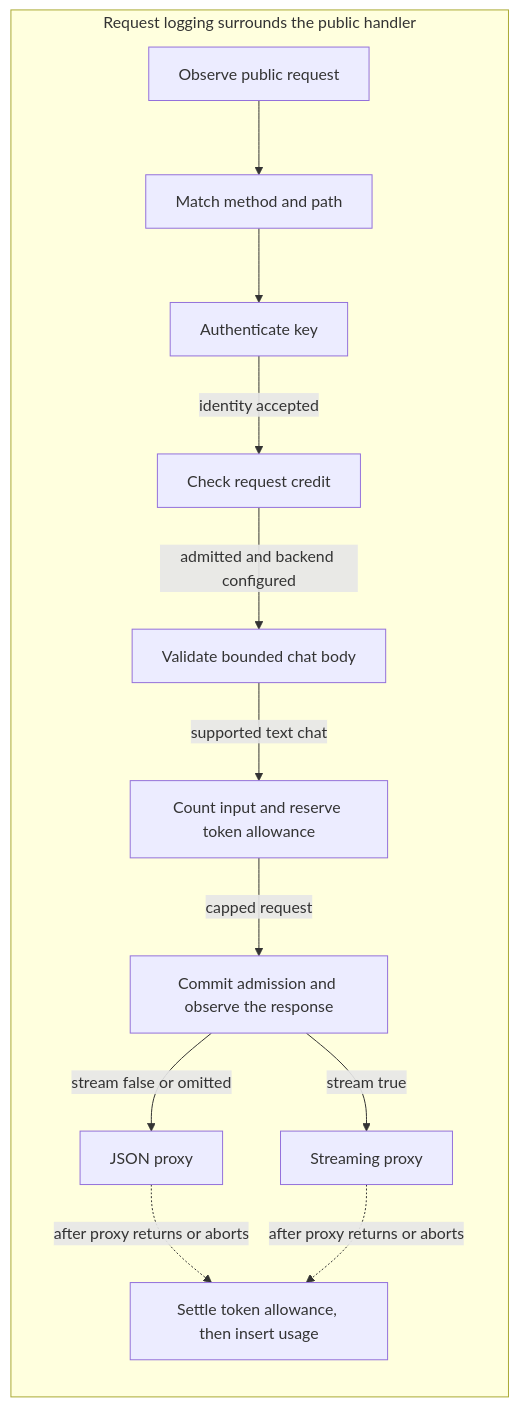
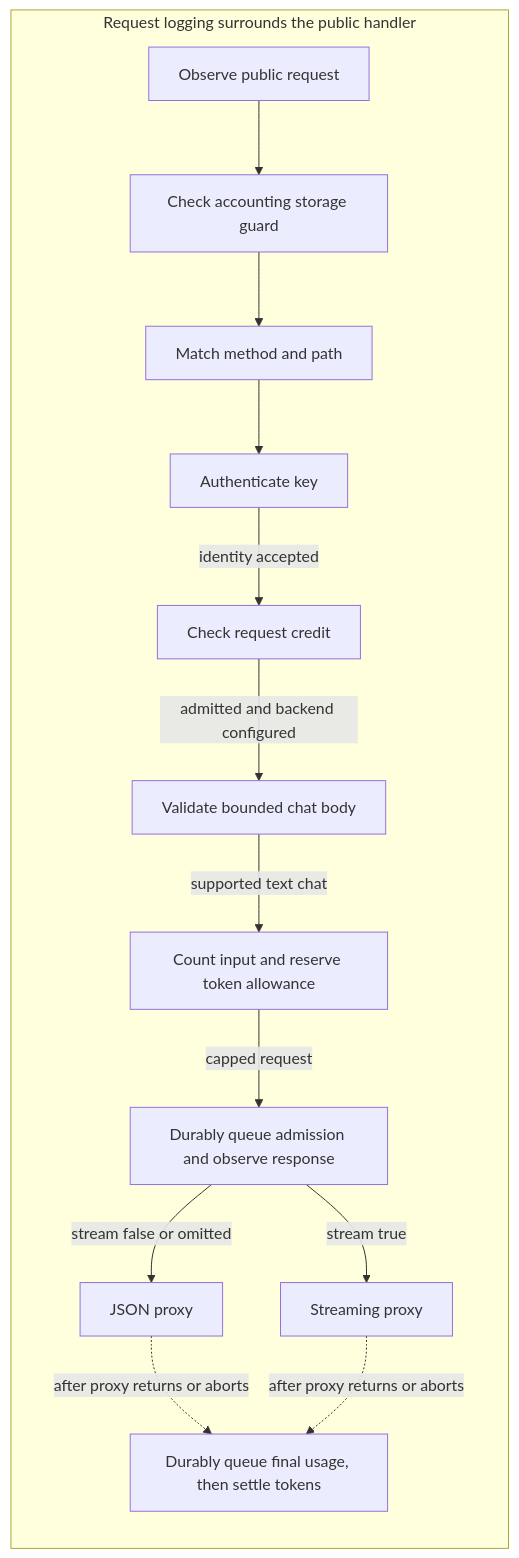
The diagram in docs/architecture.md (TheRealShek/llmgate), drawn with Mermaid before and after one commit. The commit also changed other lines of this file and 47 other files, not shown here.

First line of the commit message:
Phase 1 complete: durable accounting and final verification

````diff
--- a/docs/architecture.md
+++ b/docs/architecture.md
@@ -16,16 +15,17 @@
 ```mermaid
 flowchart TD
     subgraph Logged[Request logging surrounds the public handler]
         direction TD
-        Metrics[Observe public request] --> Routes[Match method and path]
+        Metrics[Observe public request] --> Storage[Check accounting storage guard]
+        Storage --> Routes[Match method and path]
         Routes --> Auth[Authenticate key]
         Auth -->|identity accepted| Rate[Check request credit]
         Rate -->|admitted and backend configured| Chat[Validate bounded chat body]
         Chat -->|supported text chat| Quota[Count input and reserve token allowance]
-        Quota -->|capped request| Usage[Commit admission and observe the response]
+        Quota -->|capped request| Usage[Durably queue admission and observe response]
         Usage -->|stream false or omitted| JSON[JSON proxy]
         Usage -->|stream true| SSE[Streaming proxy]
-        JSON -.->|after proxy returns or aborts| Finalize[Settle token allowance, then insert usage]
+        JSON -.->|after proxy returns or aborts| Finalize[Durably queue final usage, then settle tokens]
         SSE -.->|after proxy returns or aborts| Finalize
     end
 ```
````
